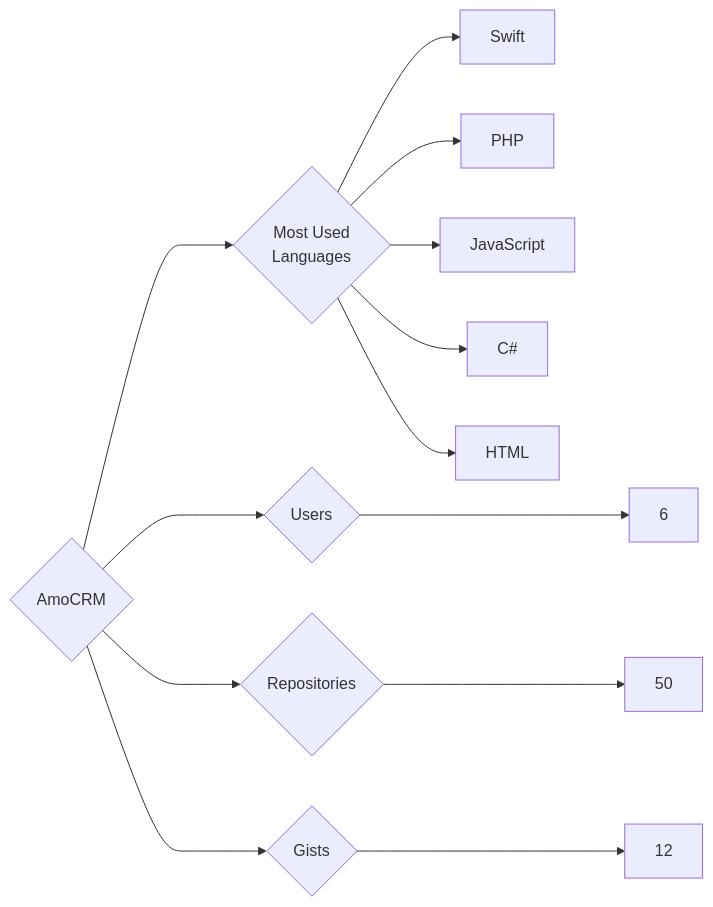
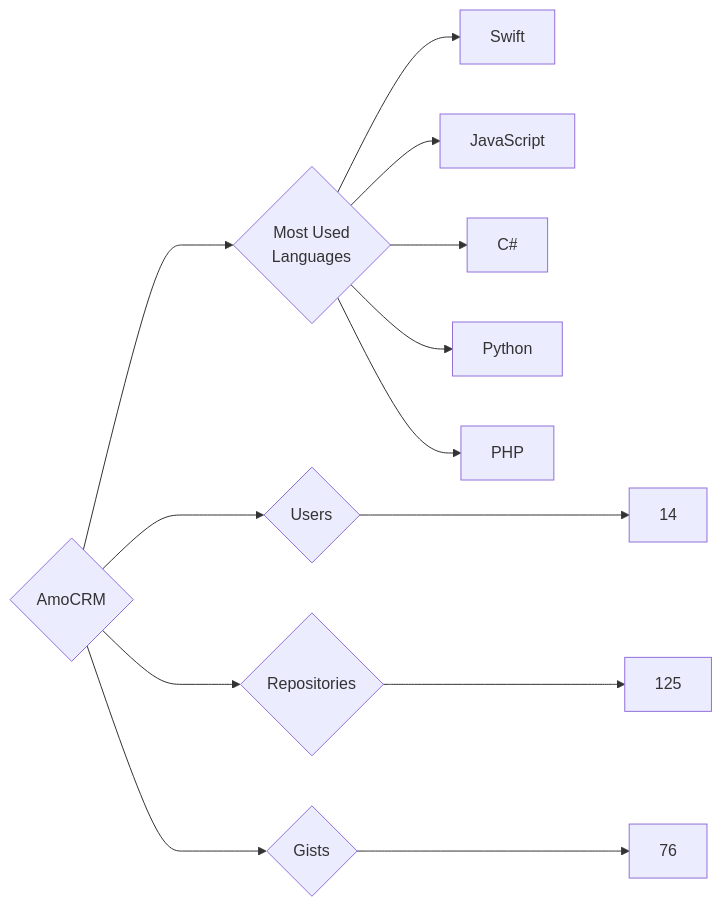
One commit to trickest/insiders changed the diagram in targets/AmoCRM/README.md. Above: the diagram before and after it, drawn with Mermaid. The commit also changed 847 other files, not shown here.

````diff
--- a/targets/AmoCRM/README.md
+++ b/targets/AmoCRM/README.md
@@ -3,13 +3,13 @@
 ```mermaid
 graph LR
 COMPANY_NAME{AmoCRM}
-COMPANY_NAME ---> U{Users} ---> UN[6]
-COMPANY_NAME ---> R{Repositories} ---> RN[50]
-COMPANY_NAME ---> G{Gists} ---> GN[12]
+COMPANY_NAME ---> U{Users} ---> UN[14]
+COMPANY_NAME ---> R{Repositories} ---> RN[125]
+COMPANY_NAME ---> G{Gists} ---> GN[76]
 COMPANY_NAME ---> ML{Most Used<br>Languages}
 ML --> Swift[Swift]
-ML --> PHP[PHP]
 ML --> JavaScript[JavaScript]
 ML --> C#[C#]
-ML --> HTML[HTML]
+ML --> Python[Python]
+ML --> PHP[PHP]
 ```
````
